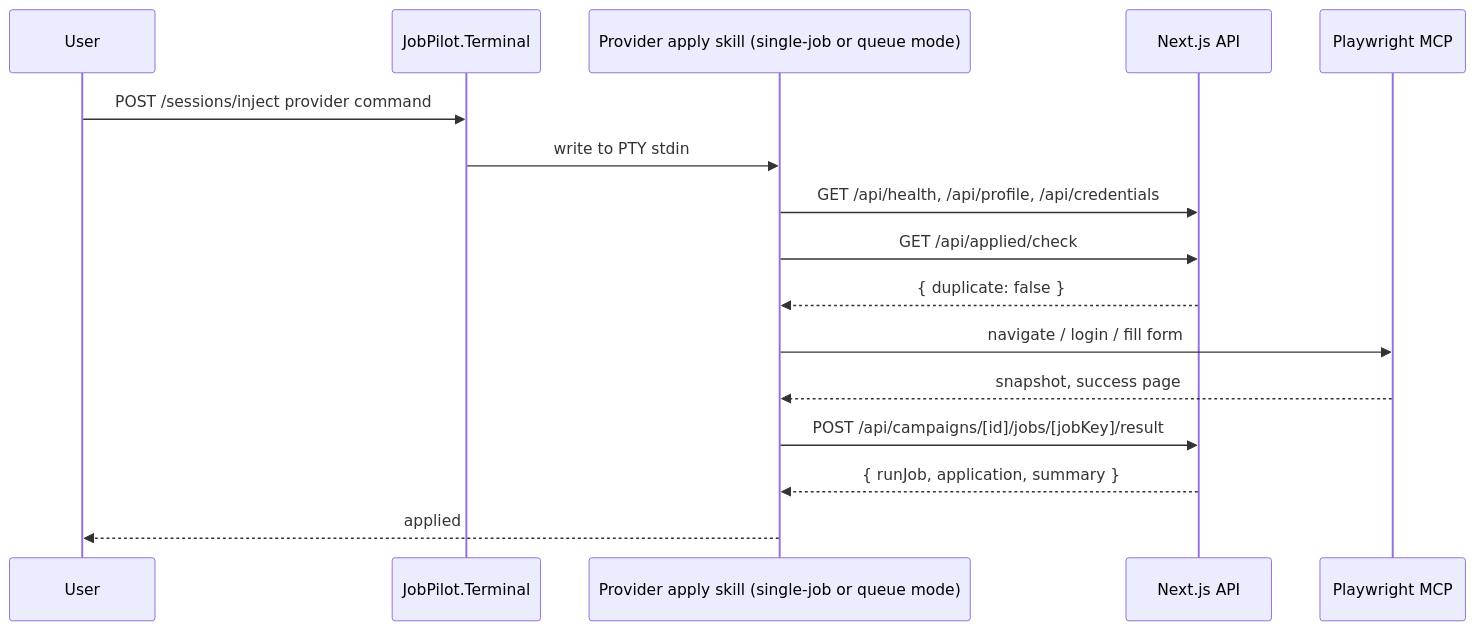
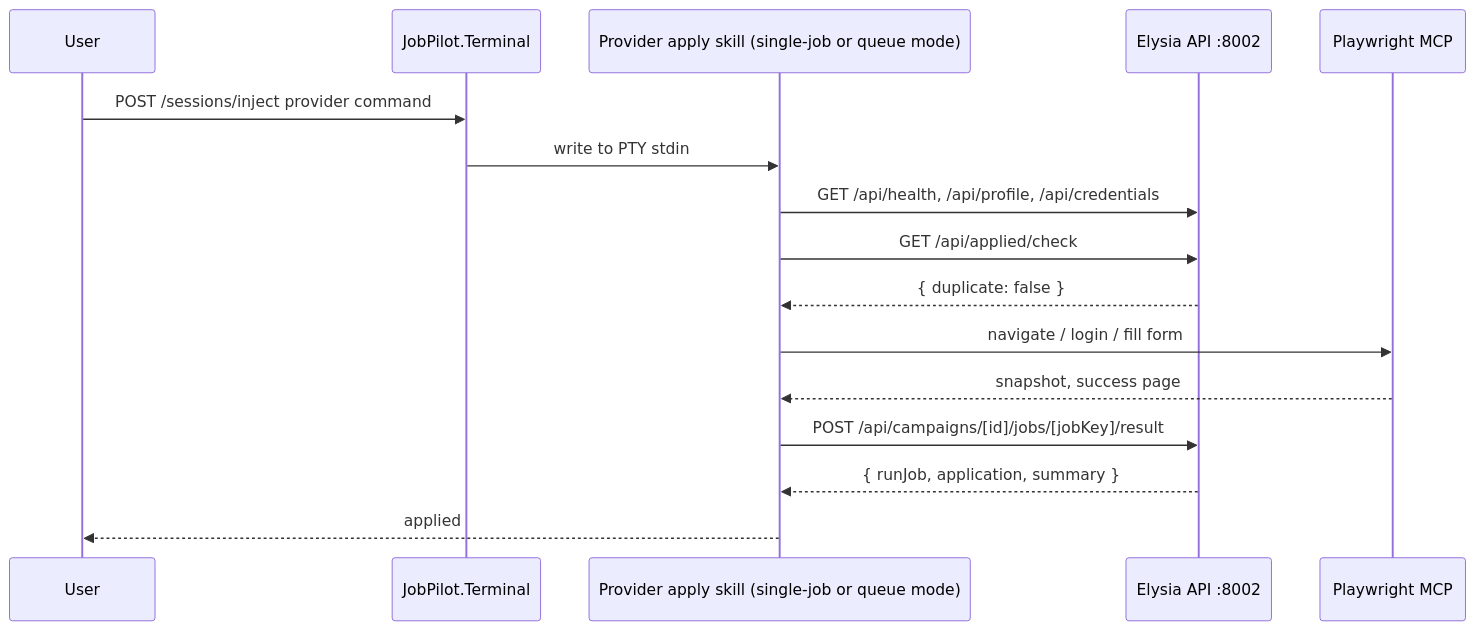
The diagram in docs/architecture.md (davidscotttufts/jobpilot), drawn with Mermaid before and after one commit. The commit also changed other lines of this file and 868 other files, not shown here.

````diff
--- a/docs/architecture.md
+++ b/docs/architecture.md
@@ -90,19 +95,19 @@
 ```mermaid
 sequenceDiagram
     participant U as User
     participant T as JobPilot.Terminal
     participant S as Provider apply skill (single-job or queue mode)
-    participant API as Next.js API
+    participant API as Elysia API :8002
     participant B as Playwright MCP
 
     U->>T: POST /sessions/inject provider command
     T->>S: write to PTY stdin
     S->>API: GET /api/health, /api/profile, /api/credentials
     S->>API: GET /api/applied/check
     API-->>S: { duplicate: false }
     S->>B: navigate / login / fill form
     B-->>S: snapshot, success page
     S->>API: POST /api/campaigns/[id]/jobs/[jobKey]/result
     API-->>S: { runJob, application, summary }
     S-->>U: applied
 ```
````
